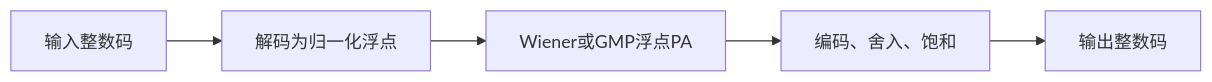
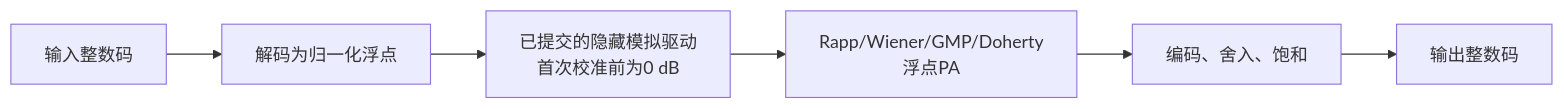
The second of 4 diagrams in doc/FixedPoint.md (niyilu45/DPD_ILC), drawn with Mermaid before and after one commit. The commit also changed other lines of this file and 15 other files, not shown here.

````diff
--- a/doc/FixedPoint.md
+++ b/doc/FixedPoint.md
@@ -191,7 +193,8 @@
 ```mermaid
 flowchart LR
     inputCodes["输入整数码"] --> decode["解码为归一化浮点"]
-    decode --> pa["Wiener或GMP浮点PA"]
+    decode --> analogDrive["已提交的隐藏模拟驱动<br/>首次校准前为0 dB"]
+    analogDrive --> pa["Rapp/Wiener/GMP/Doherty浮点PA"]
     pa --> encode["编码、舍入、饱和"]
     encode --> outputCodes["输出整数码"]
 ```
````
